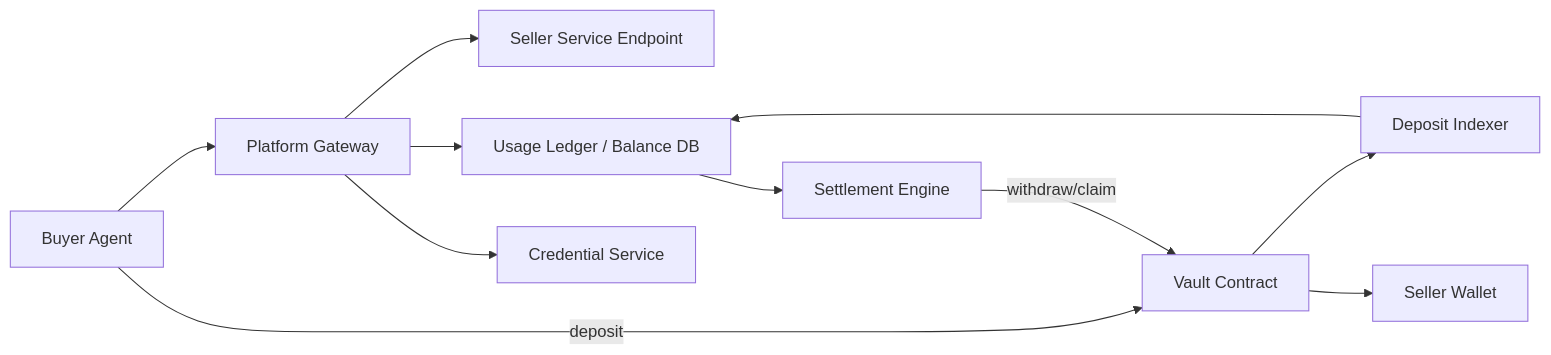
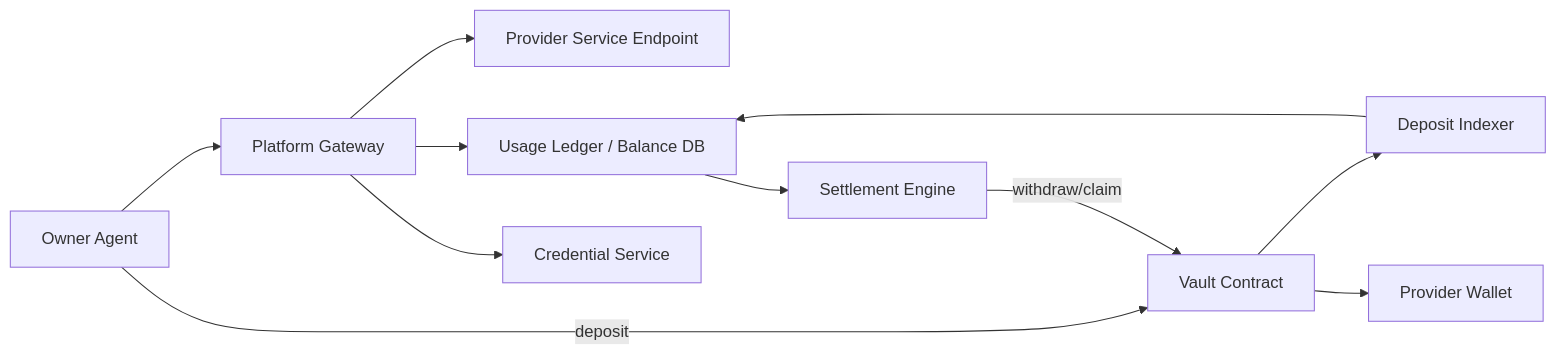
One commit to SynapseNetworkAI/Synapse-Network changed the diagram in docs/03_Smart_Contract_Payment/Vault_Deposit_Architecture.md. Above: the diagram before and after it, drawn with Mermaid. The commit also changed other lines of this file and 151 other files, not shown here.

Commit message:
refactor terminology to owner agent provider model

````diff
--- a/docs/03_Smart_Contract_Payment/Vault_Deposit_Architecture.md
+++ b/docs/03_Smart_Contract_Payment/Vault_Deposit_Architecture.md
@@ -36,15 +36,15 @@
 ```mermaid
 flowchart LR
-    B[Buyer Agent] --> G[Platform Gateway]
-    G --> S[Seller Service Endpoint]
+    B[Owner Agent] --> G[Platform Gateway]
+    G --> S[Provider Service Endpoint]
     G --> L[Usage Ledger / Balance DB]
     G --> C[Credential Service]
 
     B -->|deposit| V[Vault Contract]
     V --> I[Deposit Indexer]
     I --> L
 
     L --> T[Settlement Engine]
     T -->|withdraw/claim| V
-    V --> R[Seller Wallet]
+    V --> R[Provider Wallet]
 ```
````
